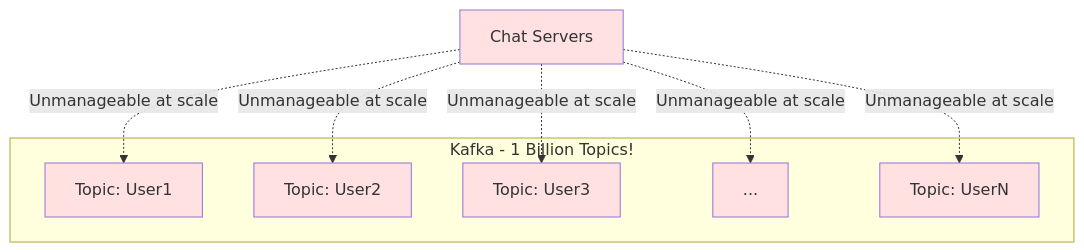
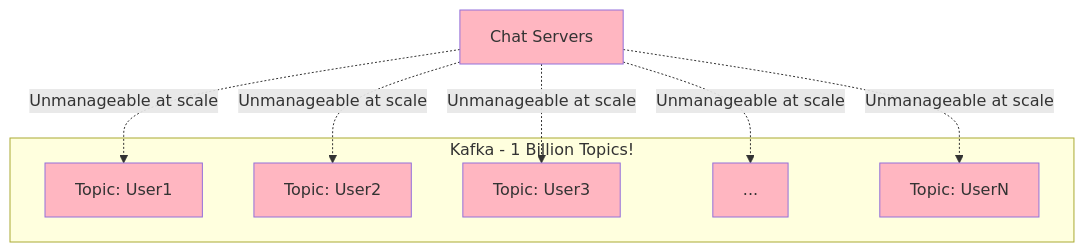
Diagram 13 of 20 in LLD/questions/Design Whatsapp.md (cartmancodes/InterviewVault), drawn with Mermaid before and after one commit. The commit also changed other lines of this file and 54 other files, not shown here.

````diff
--- a/LLD/questions/Design Whatsapp.md
+++ b/LLD/questions/Design Whatsapp.md
@@ -735,25 +743,25 @@
 ```mermaid
 graph TB
     subgraph "Kafka - 1 Billion Topics!"
         T1[Topic: User1]
         T2[Topic: User2]
         T3[Topic: User3]
         T4[...]
         T5[Topic: UserN]
     end
     
     CS[Chat Servers]
     
     CS -.->|Unmanageable at scale| T1
     CS -.->|Unmanageable at scale| T2
     CS -.->|Unmanageable at scale| T3
     CS -.->|Unmanageable at scale| T4
     CS -.->|Unmanageable at scale| T5
     
-    style T1 fill:#ffe1e1
-    style T2 fill:#ffe1e1
-    style T3 fill:#ffe1e1
-    style T4 fill:#ffe1e1
-    style T5 fill:#ffe1e1
-    style CS fill:#ffe1e1
+    style T1 fill:#FFB6C1
+    style T2 fill:#FFB6C1
+    style T3 fill:#FFB6C1
+    style T4 fill:#FFB6C1
+    style T5 fill:#FFB6C1
+    style CS fill:#FFB6C1
 ```
````
